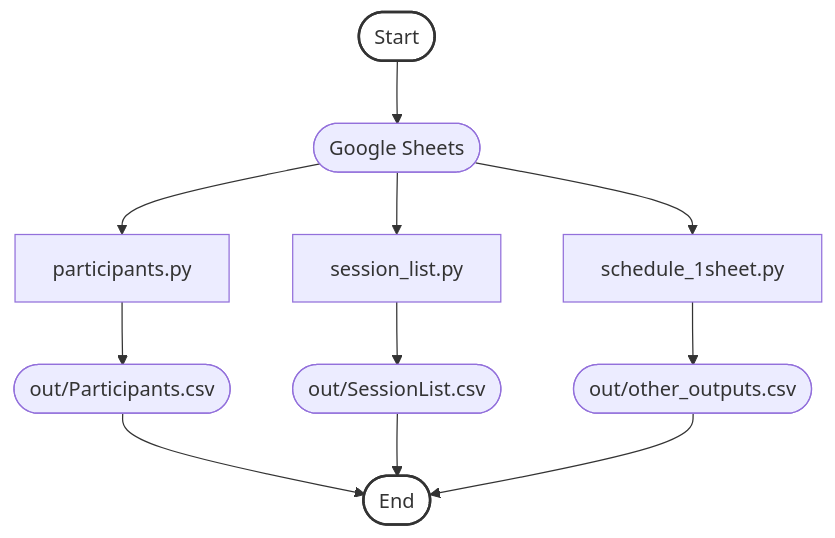
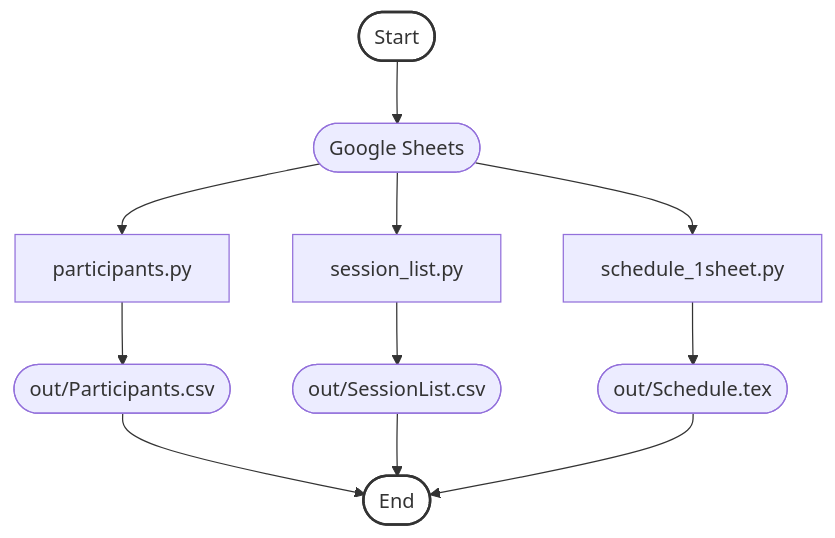
One commit to fjhickernell/MCM-2025-Program changed the diagram in preprocess/README.md. Above: the diagram before and after it, drawn with Mermaid.

Commit message:
Correct output filename

````diff
--- a/preprocess/README.md
+++ b/preprocess/README.md
@@ -60,37 +60,37 @@
 ```mermaid
 flowchart TD
     Start([Start])
     End([End])
 
     %% Set node colors
     style Start fill:#fff,stroke:#333,stroke-width:2px
     style End fill:#fff,stroke:#333,stroke-width:2px
 
     %% Input files
     A3([Google Sheets])
 
     %% Python scripts in preprocess (without util.py, config.py, and schedule_joinfiles.py)
     B4[participants.py]
     B5[session_list.py]
     B6[schedule_1sheet.py]
 
     %% Outputs
     O1([out/Participants.csv])
     O2([out/SessionList.csv])
-    O4([out/other_outputs.csv])
+    O4([out/Schedule.tex])
 
     %% Flow
     Start --> A3
     A3 --> B5
     A3 --> B4
     A3 --> B6
 
     B4 --> O1
     B5 --> O2
     B6 --> O4
 
     O1 --> End
     O2 --> End
     O4 --> End
 
 ```
````
